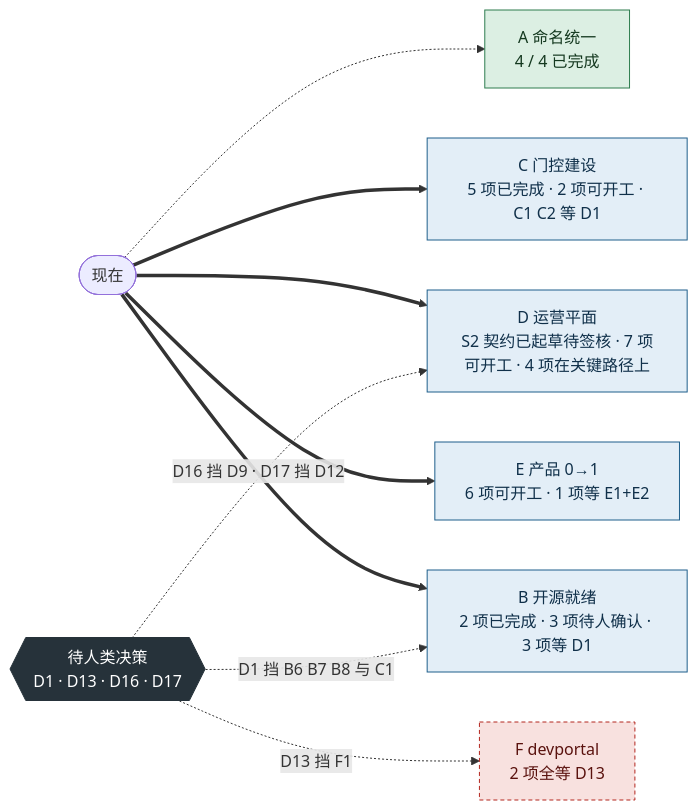
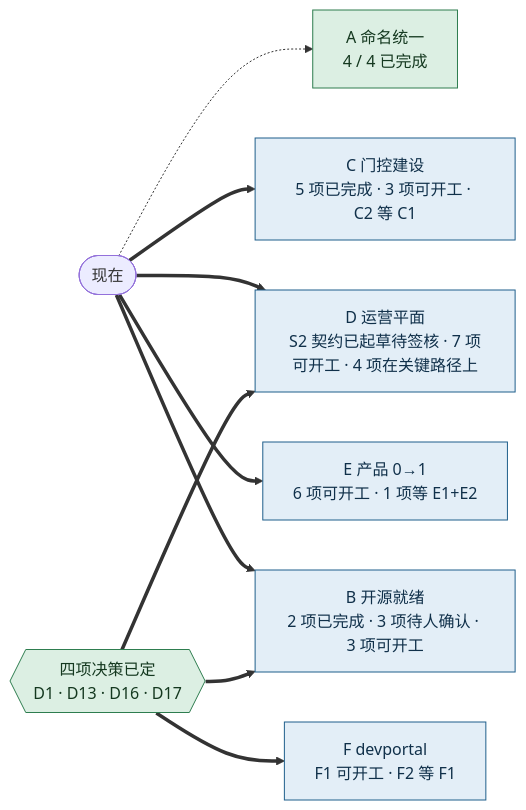
One commit to boardx/workspacex changed the first of 4 diagrams in docs/research/implementation-backlog.md. Above: the diagram before and after it, drawn with Mermaid. The commit also changed other lines of this file and 3 other files, not shown here.

````diff
--- a/docs/research/implementation-backlog.md
+++ b/docs/research/implementation-backlog.md
@@ -51,23 +51,23 @@
 ```mermaid
 flowchart LR
     classDef done fill:#DCEFE3,stroke:#2E7D4F,color:#14381F
     classDef ready fill:#E3EEF7,stroke:#1F5F8B,color:#10304A
     classDef block fill:#F8E1DF,stroke:#B3261E,color:#5A120E,stroke-dasharray:4 3
     classDef dec fill:#26323A,stroke:#26323A,color:#FFFFFF
     NOW(["现在"])
     A["A 命名统一<br/>4 / 4 已完成"]:::done
-    C["C 门控建设<br/>5 项已完成 · 2 项可开工 · C1 C2 等 D1"]:::ready
+    C["C 门控建设<br/>5 项已完成 · 3 项可开工 · C2 等 C1"]:::ready
     D["D 运营平面<br/>S2 契约已起草待签核 · 7 项可开工 · 4 项在关键路径上"]:::ready
     E["E 产品 0→1<br/>6 项可开工 · 1 项等 E1+E2"]:::ready
-    B["B 开源就绪<br/>2 项已完成 · 3 项待人确认 · 3 项等 D1"]:::ready
-    F["F devportal<br/>2 项全等 D13"]:::block
-    G{{"待人类决策<br/>D1 · D13 · D16 · D17"}}:::dec
+    B["B 开源就绪<br/>2 项已完成 · 3 项待人确认 · 3 项可开工"]:::ready
+    F["F devportal<br/>F1 可开工 · F2 等 F1"]:::ready
+    G{{"四项决策已定<br/>D1 · D13 · D16 · D17"}}:::done
     NOW -.-> A
     NOW ==> C
     NOW ==> D
     NOW ==> E
     NOW ==> B
-    G -. "D1 挡 B6 B7 B8 与 C1" .-> B
-    G -. "D13 挡 F1" .-> F
-    G -. "D16 挡 D9 · D17 挡 D12" .-> D
+    G ==> B
+    G ==> F
+    G ==> D
 ```
````
